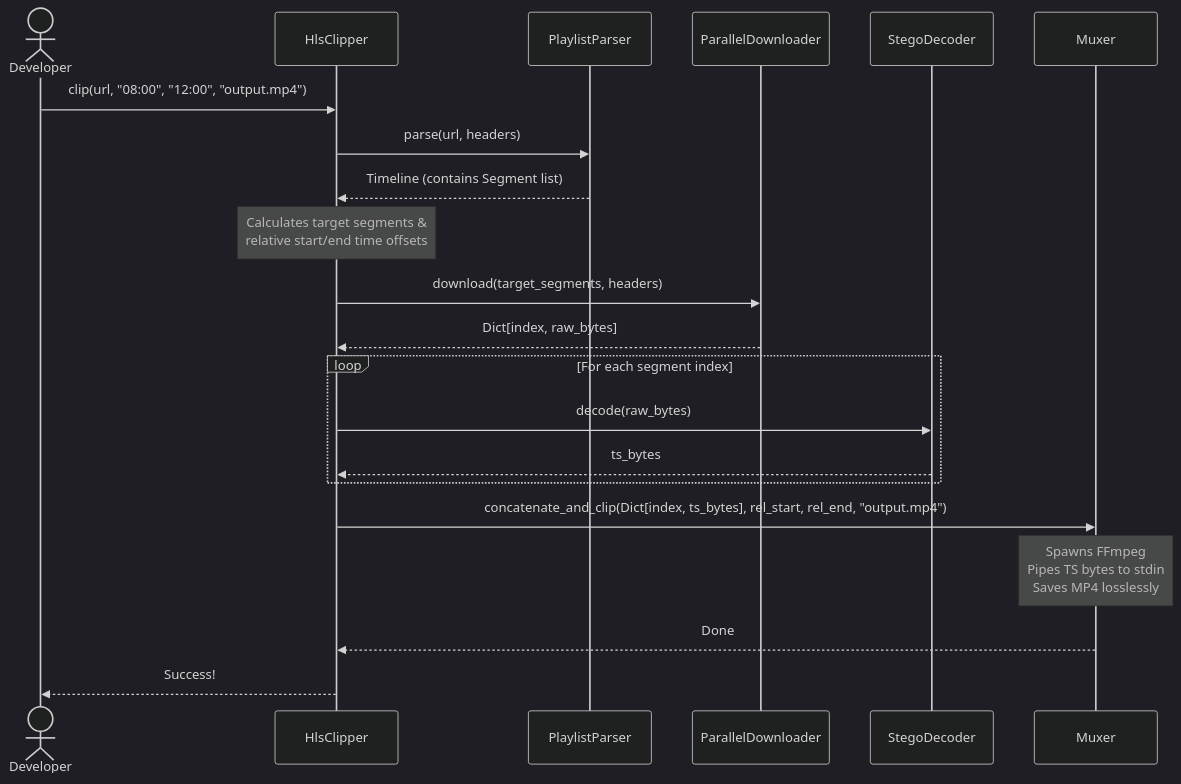
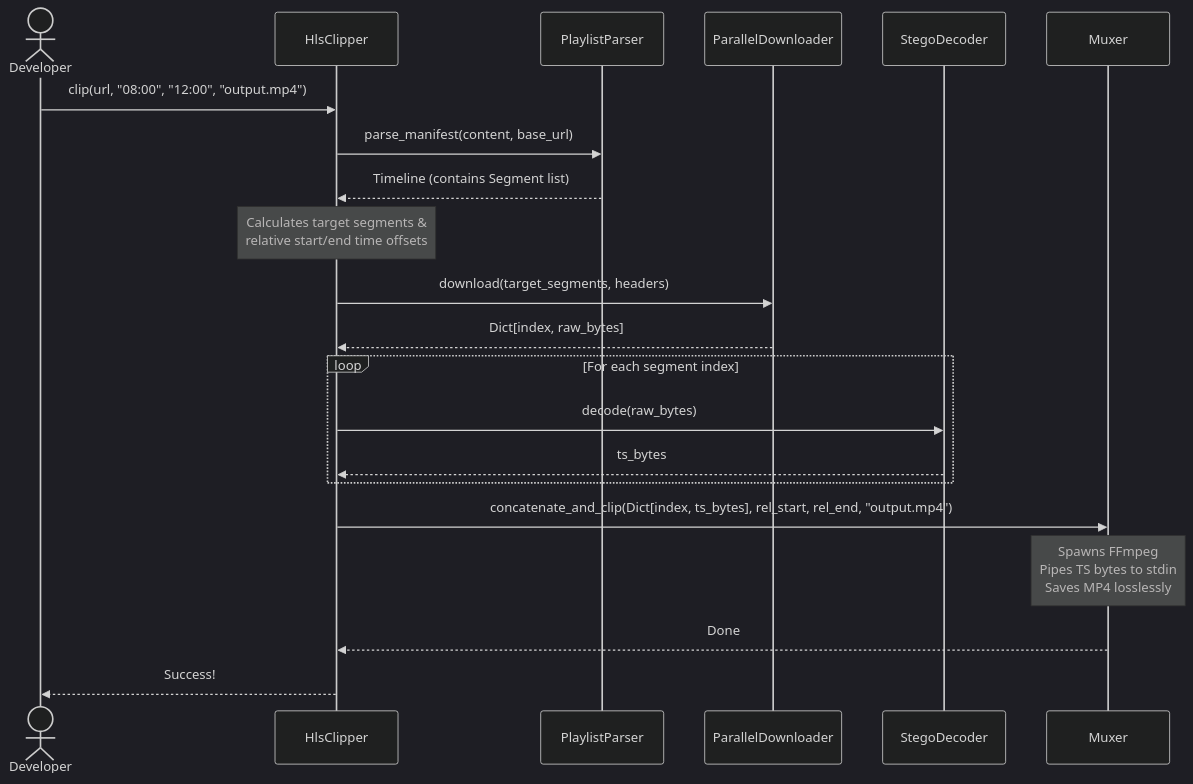
Before and after one commit to dev-ansung/stego-hls: the second of 2 diagrams in TECHNICAL.md, drawn with Mermaid (dark theme). The commit also changed other lines of this file, not shown here.

````diff
--- a/TECHNICAL.md
+++ b/TECHNICAL.md
@@ -340,28 +109,28 @@
 ```mermaid
 sequenceDiagram
     actor Developer
     participant Clipper as HlsClipper
     participant Parser as PlaylistParser
     participant Downloader as ParallelDownloader
     participant Decoder as StegoDecoder
     participant Muxer as Muxer
     
     Developer->>Clipper: clip(url, "08:00", "12:00", "output.mp4")
-    Clipper->>Parser: parse(url, headers)
+    Clipper->>Parser: parse_manifest(content, base_url)
     Parser-->>Clipper: Timeline (contains Segment list)
     
     Note over Clipper: Calculates target segments &<br/>relative start/end time offsets
     
     Clipper->>Downloader: download(target_segments, headers)
     Downloader-->>Clipper: Dict[index, raw_bytes]
     
     loop For each segment index
         Clipper->>Decoder: decode(raw_bytes)
         Decoder-->>Clipper: ts_bytes
     end
     
     Clipper->>Muxer: concatenate_and_clip(Dict[index, ts_bytes], rel_start, rel_end, "output.mp4")
     Note over Muxer: Spawns FFmpeg<br/>Pipes TS bytes to stdin<br/>Saves MP4 losslessly
     Muxer-->>Clipper: Done
     Clipper-->>Developer: Success!
 ```
````
